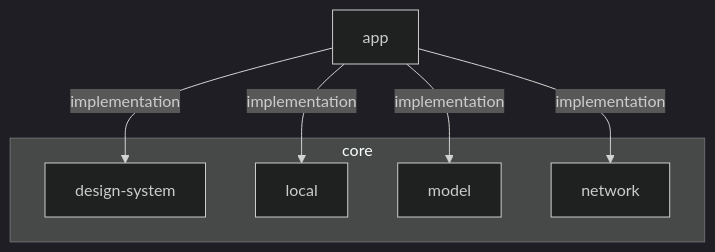
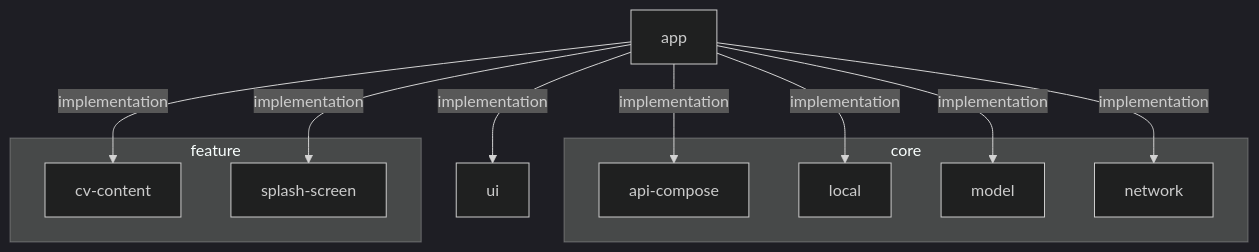
Before and after one commit to Dussim/cv-app: the diagram in app/README.md, drawn with Mermaid. The commit also changed 100 other files, not shown here.

````diff
--- a/app/README.md
+++ b/app/README.md
@@ -3,21 +3,28 @@
 ```mermaid
 %%{
   init: {
     'theme': 'dark'
   }
 }%%
 
 graph TB
 
   subgraph core
-    design-system
+    api-compose
     local
     model
     network
   end
-  app -- implementation --> design-system
+  subgraph feature
+    cv-content
+    splash-screen
+  end
+  app -- implementation --> api-compose
+  app -- implementation --> ui
   app -- implementation --> model
   app -- implementation --> local
   app -- implementation --> network
+  app -- implementation --> splash-screen
+  app -- implementation --> cv-content
 
 ```
````
